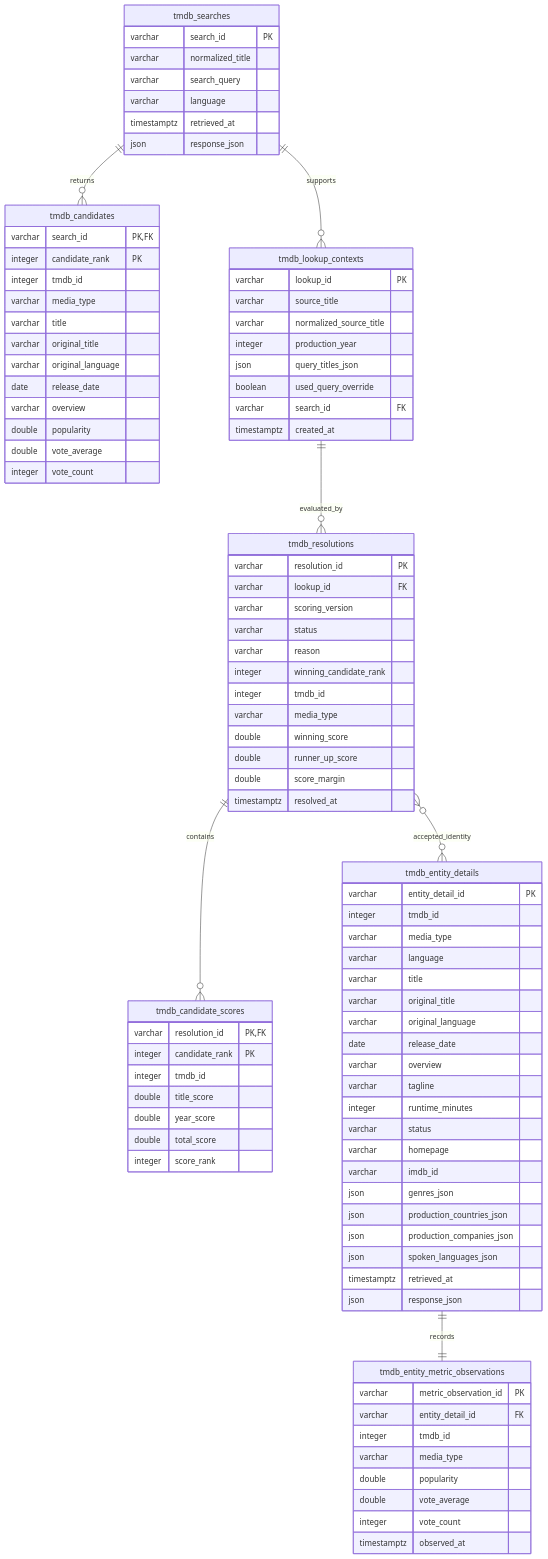
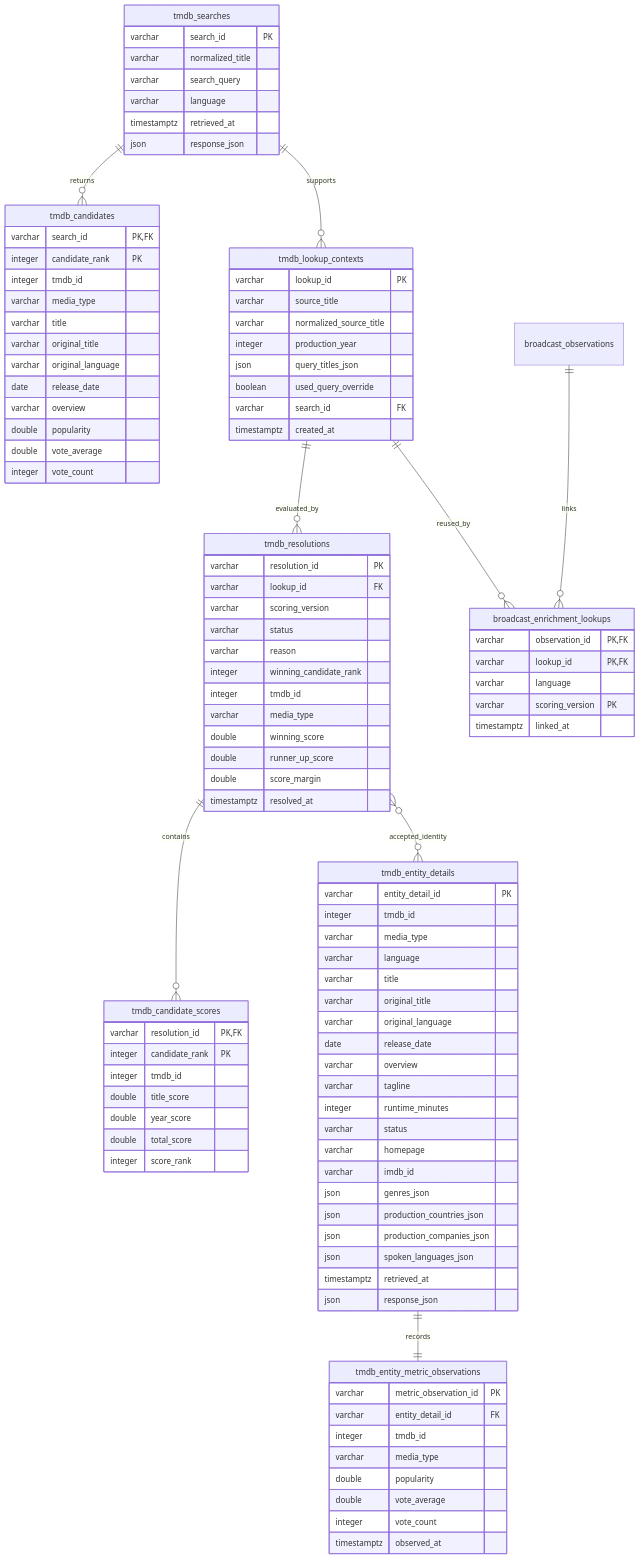
The fourth of 7 diagrams in docs/data-model.md (apantaz/greek-tv-highlights-radar), drawn with Mermaid before and after one commit. The commit also changed other lines of this file and 20 other files, not shown here.

Commit message:
feat: add broadcast enrichment lineage

````diff
--- a/docs/data-model.md
+++ b/docs/data-model.md
@@ -89,6 +89,8 @@
     tmdb_resolutions ||--o{ tmdb_candidate_scores : contains
     tmdb_resolutions }o--o{ tmdb_entity_details : accepted_identity
     tmdb_entity_details ||--|| tmdb_entity_metric_observations : records
+    broadcast_observations ||--o{ broadcast_enrichment_lookups : links
+    tmdb_lookup_contexts ||--o{ broadcast_enrichment_lookups : reused_by
 
     tmdb_searches {
         varchar search_id PK
@@ -183,4 +185,12 @@
         integer vote_count
         timestamptz observed_at
     }
+
+    broadcast_enrichment_lookups {
+        varchar observation_id PK, FK
+        varchar lookup_id PK, FK
+        varchar language
+        varchar scoring_version PK
+        timestamptz linked_at
+    }
 ```
````
